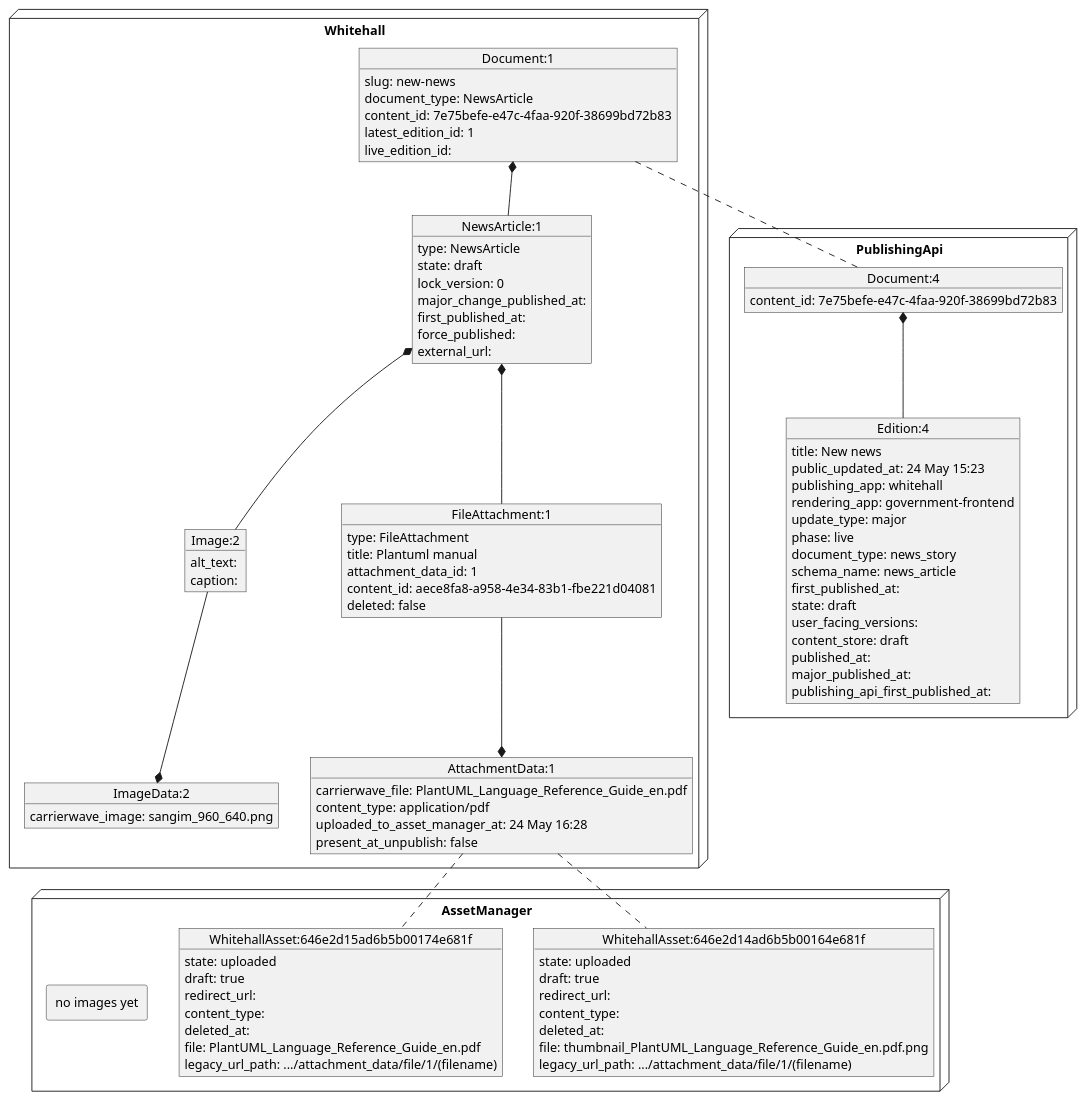
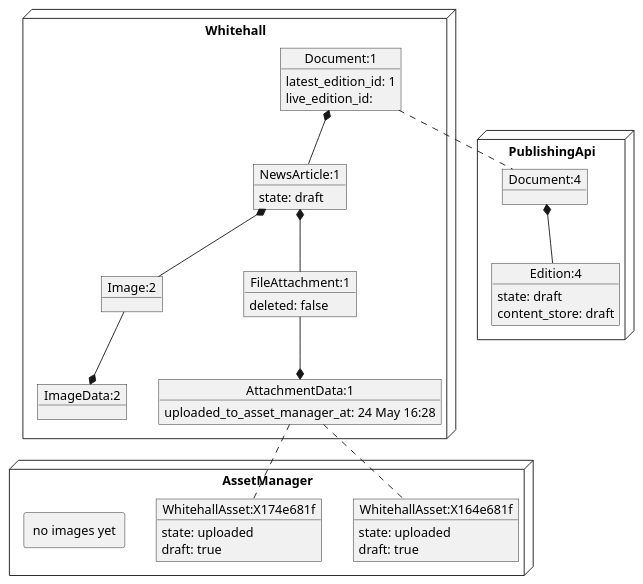
One commit to alphagov/whitehall changed the diagram in docs/diagrams/asset_management/asset_scenarios/new_document_with_attachments/4_uploading_image.puml. Above: the diagram before and after it, drawn with PlantUML. The commit also changed 32 other files, not shown here.

First line of the commit message:
Added markdown and plantuml docs for asset state change scenarios

```diff
--- a/docs/diagrams/asset_management/asset_scenarios/new_document_with_attachments/4_uploading_image.puml
+++ b/docs/diagrams/asset_management/asset_scenarios/new_document_with_attachments/4_uploading_image.puml
@@ -1,95 +1,52 @@
 @startuml
 node Whitehall {
 object "Document:1" as Document_1 {
-  slug: new-news
-  document_type: NewsArticle
-  content_id: 7e75befe-e47c-4faa-920f-38699bd72b83
   latest_edition_id: 1
   live_edition_id:
 }
 together {
 object "NewsArticle:1" as NewsArticle_1 {
-  type: NewsArticle
   state: draft
-  lock_version: 0
-  major_change_published_at:
-  first_published_at:
-  force_published:
-  external_url:
 }
 Document_1 *-- NewsArticle_1
 object "FileAttachment:1" as FileAttachment_1 {
-  type: FileAttachment
-  title: Plantuml manual
-  attachment_data_id: 1
-  content_id: aece8fa8-a958-4e34-83b1-fbe221d04081
   deleted: false
 }
 NewsArticle_1 *-- FileAttachment_1
 object "Image:2" as Image_2 {
-  alt_text:
-  caption:
 }
 NewsArticle_1 *-- Image_2
 }
 object "AttachmentData:1" as AttachmentData_1 {
-  carrierwave_file: PlantUML_Language_Reference_Guide_en.pdf
-  content_type: application/pdf
   uploaded_to_asset_manager_at: 24 May 16:28
-  present_at_unpublish: false
 }
 AttachmentData_1 *-u- FileAttachment_1
 object "ImageData:2" as ImageData_2 {
-  carrierwave_image: sangim_960_640.png
 }
 ImageData_2 *-u- Image_2
 }
 node PublishingApi {
 object "Document:4" as pubapi_Document_4 {
-  content_id: 7e75befe-e47c-4faa-920f-38699bd72b83
 }
 object "Edition:4" as pubapi_Edition_4 {
-  title: New news
-  public_updated_at: 24 May 15:23
-  publishing_app: whitehall
-  rendering_app: government-frontend
-  update_type: major
-  phase: live
-  document_type: news_story
-  schema_name: news_article
-  first_published_at:
   state: draft
-  user_facing_versions:
   content_store: draft
-  published_at:
-  major_published_at:
-  publishing_api_first_published_at:
 }
 pubapi_Document_4 *-- pubapi_Edition_4
 }
 node AssetManager {
-object "WhitehallAsset:646e2d14ad6b5b00164e681f" as am_WhitehallAsset_646e2d14ad6b5b00164e681f {
+object "WhitehallAsset:X164e681f" as am_WhitehallAsset_X164e681f {
   state: uploaded
   draft: true
-  redirect_url:
-  content_type:
-  deleted_at:
-  file: thumbnail_PlantUML_Language_Reference_Guide_en.pdf.png
-  legacy_url_path: .../attachment_data/file/1/(filename)
 }
-object "WhitehallAsset:646e2d15ad6b5b00174e681f" as am_WhitehallAsset_646e2d15ad6b5b00174e681f {
+object "WhitehallAsset:X174e681f" as am_WhitehallAsset_X174e681f {
   state: uploaded
   draft: true
-  redirect_url:
-  content_type:
-  deleted_at:
-  file: PlantUML_Language_Reference_Guide_en.pdf
-  legacy_url_path: .../attachment_data/file/1/(filename)
 }
 rectangle "no images yet" {
 }
 }
 Document_1 .. pubapi_Document_4
-AttachmentData_1 .. am_WhitehallAsset_646e2d14ad6b5b00164e681f
-AttachmentData_1 .. am_WhitehallAsset_646e2d15ad6b5b00174e681f
+AttachmentData_1 .. am_WhitehallAsset_X164e681f
+AttachmentData_1 .. am_WhitehallAsset_X174e681f
 @enduml
```
